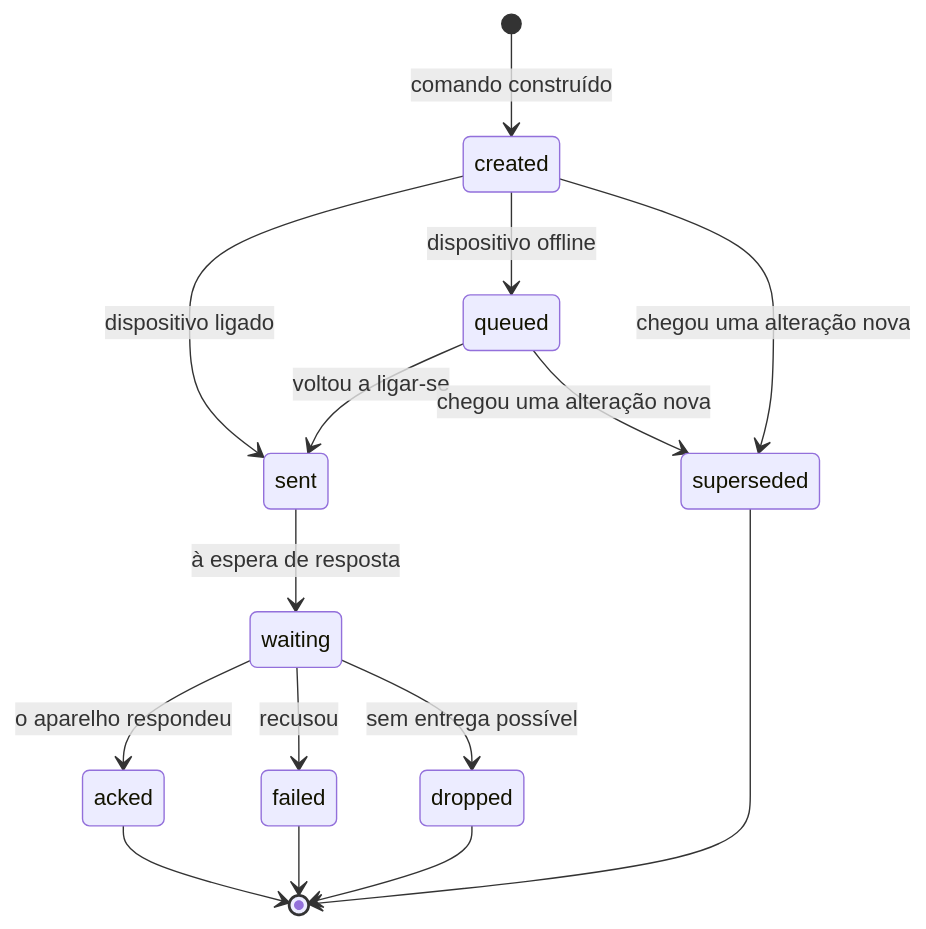
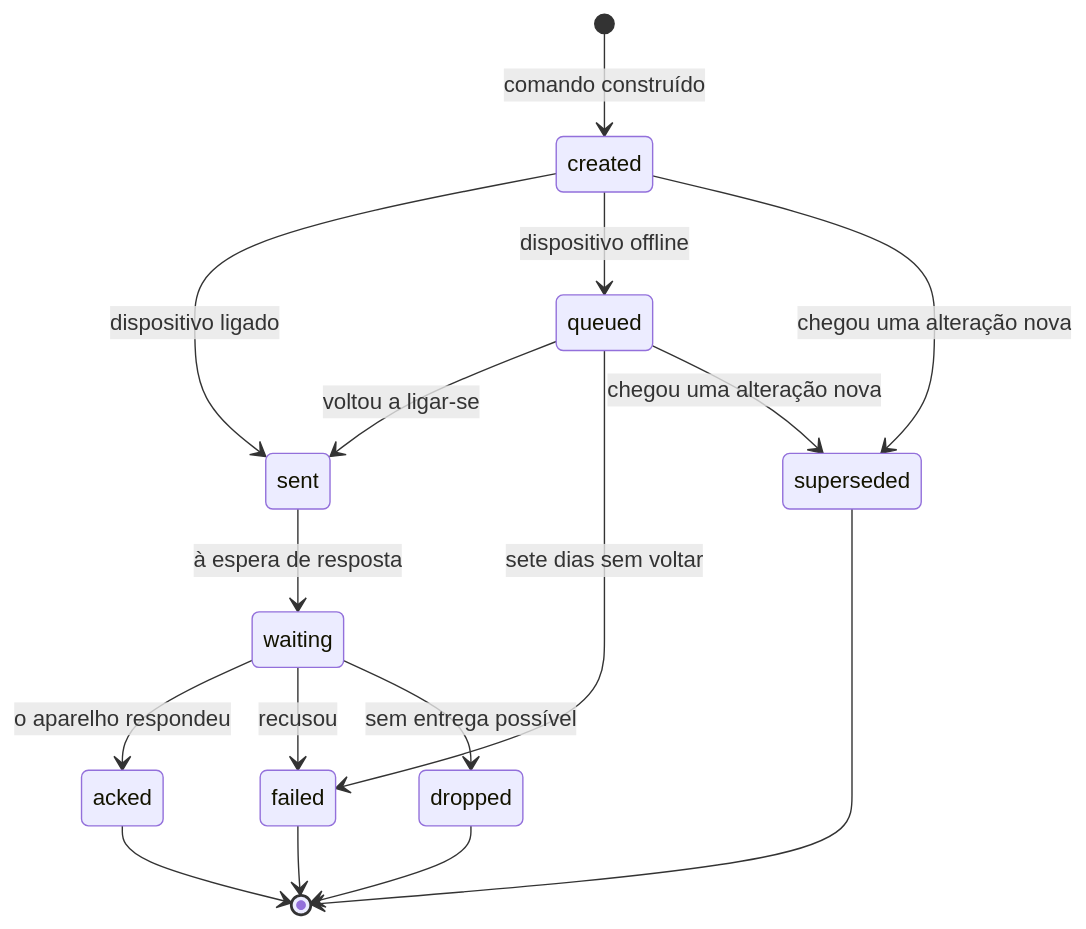
One commit to hvieira512/havicare-hub changed the fourth of 4 diagrams in docs/10-configuracao-de-dispositivos.md. Above: the diagram before and after it, drawn with Mermaid. The commit also changed 3 other files, not shown here.

First line of the commit message:
feat(comandos): um comando em fila desiste ao fim de sete dias com retry_exhausted

````diff
--- a/docs/10-configuracao-de-dispositivos.md
+++ b/docs/10-configuracao-de-dispositivos.md
@@ -84,17 +84,18 @@
 ```mermaid
 stateDiagram-v2
     [*] --> created: comando construído
     created --> sent: dispositivo ligado
     created --> queued: dispositivo offline
     queued --> sent: voltou a ligar-se
+    queued --> failed: sete dias sem voltar
     sent --> waiting: à espera de resposta
     waiting --> acked: o aparelho respondeu
     waiting --> failed: recusou
     created --> superseded: chegou uma alteração nova
     queued --> superseded: chegou uma alteração nova
     waiting --> dropped: sem entrega possível
     acked --> [*]
     failed --> [*]
     dropped --> [*]
     superseded --> [*]
 ```
````
